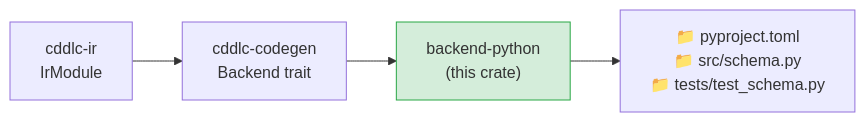
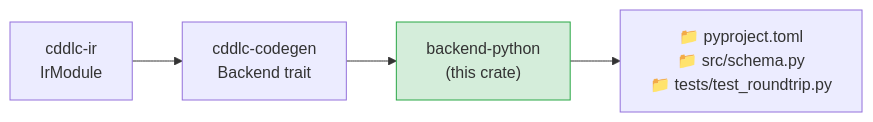
The diagram in crates/backend-python/README.md (dgtlrift/cddlc), drawn with Mermaid before and after one commit. The commit also changed other lines of this file and 4 other files, not shown here.

First line of the commit message:
fix(python): rework the Python backend so every reference schema passes

````diff
--- a/crates/backend-python/README.md
+++ b/crates/backend-python/README.md
@@ -9,7 +9,7 @@
 ```mermaid
 flowchart LR
     A["cddlc-ir\nIrModule"] --> B["cddlc-codegen\nBackend trait"]
     B --> C["backend-python\n(this crate)"]:::active
-    C --> D["📁 pyproject.toml\n📁 src/schema.py\n📁 tests/test_schema.py"]
+    C --> D["📁 pyproject.toml\n📁 src/schema.py\n📁 tests/test_roundtrip.py"]
     classDef active fill:#d4edda,stroke:#28a745
 ```
````
